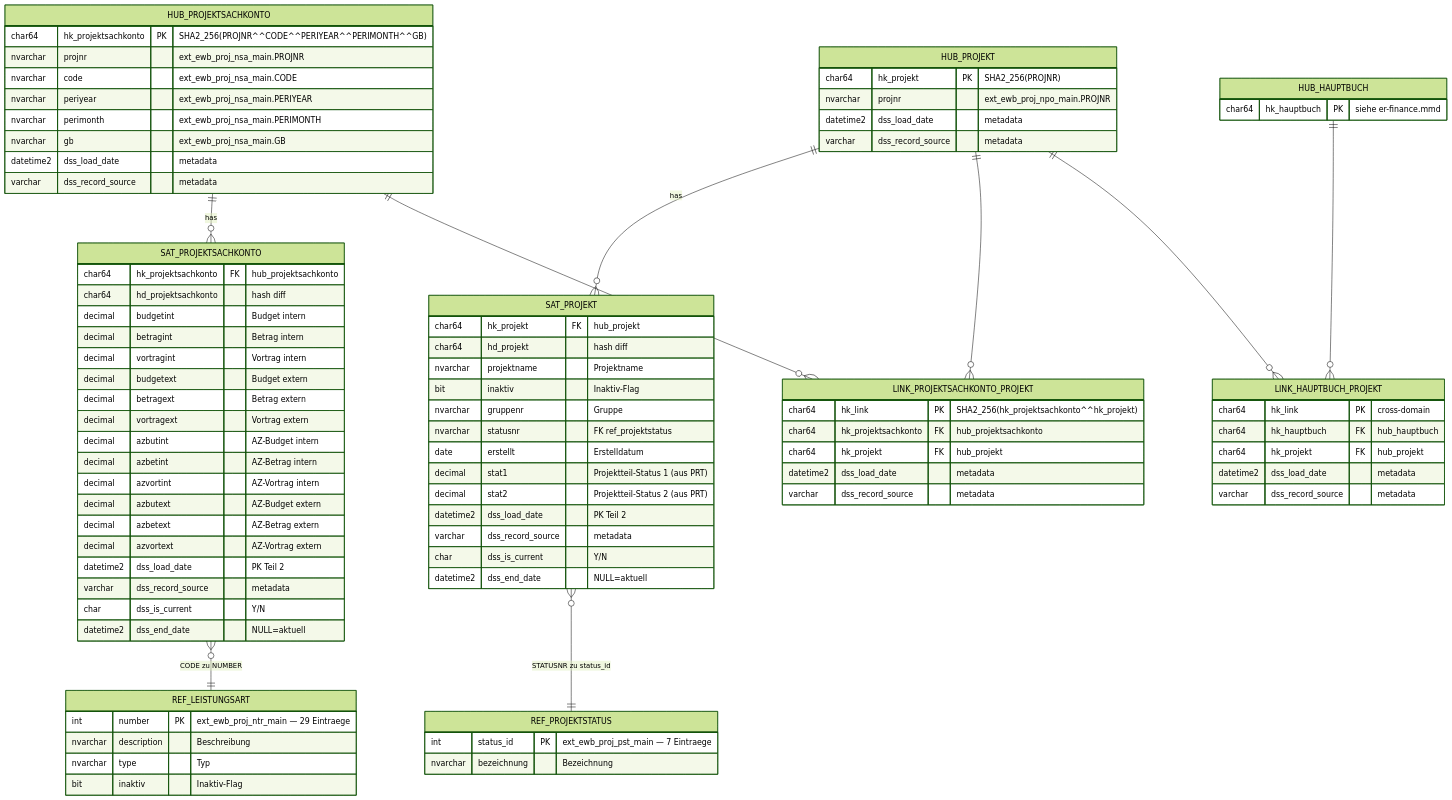
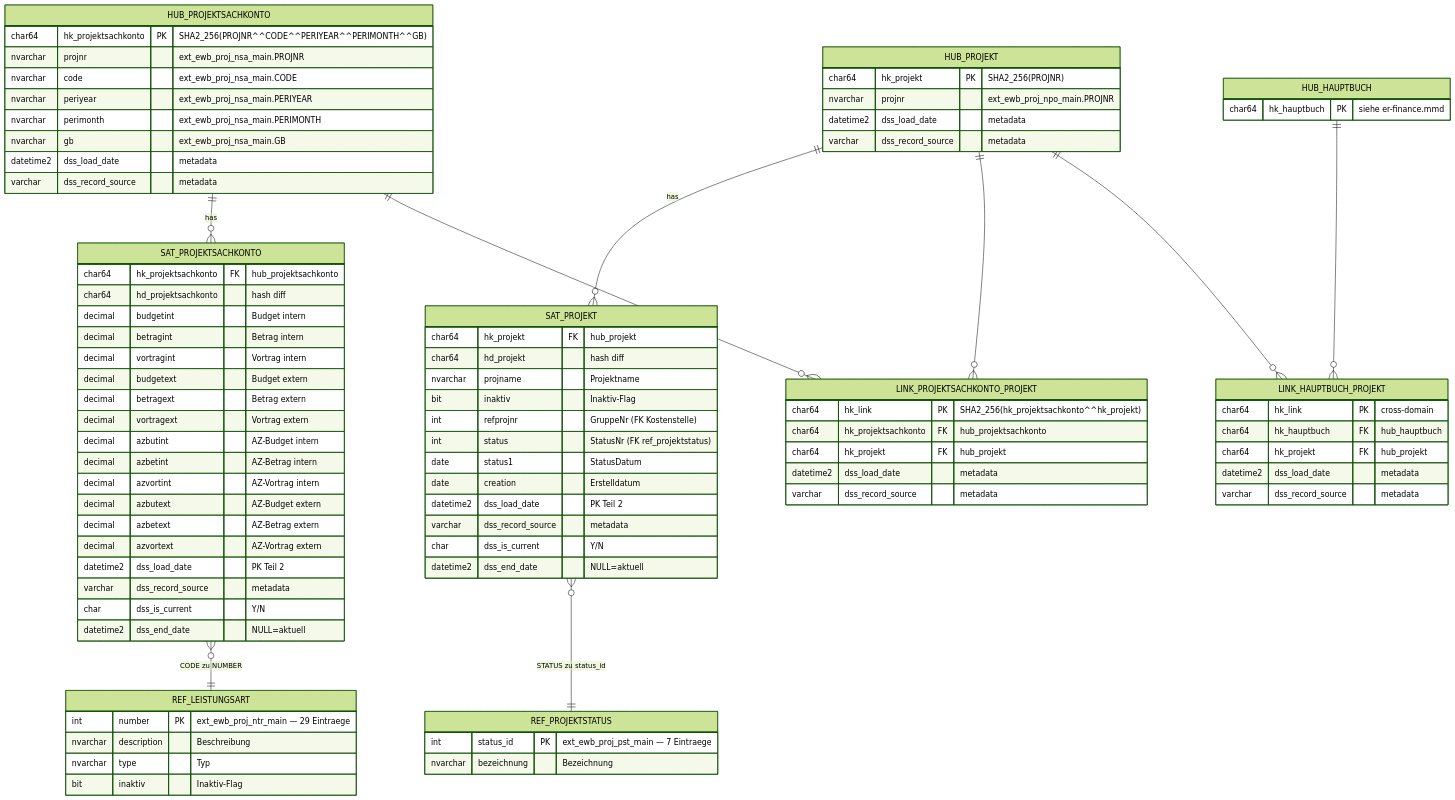
One commit to fellnerd/datavault-dbt changed the diagram in design/raw-vault/_common/er-project.mmd. Above: the diagram before and after it, drawn with Mermaid (forest theme). The commit also changed 9 other files, not shown here.

```diff
--- a/design/raw-vault/_common/er-project.mmd
+++ b/design/raw-vault/_common/er-project.mmd
@@ -1,134 +1,133 @@
 erDiagram
     %% Data Vault 2.1 — EWB Raw Vault — PROJECT DOMAIN
     %% Schema: vault | Quelle: Abacus ERP
     %% Hubs: Projekt, Projektsachkonto
     %% Reference Tables: Leistungsart, Projektstatus
 
     %% ========================================
     %% HUBS
     %% ========================================
 
     HUB_PROJEKT {
         char64 hk_projekt PK "SHA2_256(PROJNR)"
         nvarchar projnr "ext_ewb_proj_npo_main.PROJNR"
         datetime2 dss_load_date "metadata"
         varchar dss_record_source "metadata"
     }
 
     HUB_PROJEKTSACHKONTO {
         char64 hk_projektsachkonto PK "SHA2_256(PROJNR^^CODE^^PERIYEAR^^PERIMONTH^^GB)"
         nvarchar projnr "ext_ewb_proj_nsa_main.PROJNR"
         nvarchar code "ext_ewb_proj_nsa_main.CODE"
         nvarchar periyear "ext_ewb_proj_nsa_main.PERIYEAR"
         nvarchar perimonth "ext_ewb_proj_nsa_main.PERIMONTH"
         nvarchar gb "ext_ewb_proj_nsa_main.GB"
         datetime2 dss_load_date "metadata"
         varchar dss_record_source "metadata"
     }
 
     %% ========================================
     %% SATELLITES
     %% ========================================
 
     SAT_PROJEKT {
         char64 hk_projekt FK "hub_projekt"
         char64 hd_projekt "hash diff"
-        nvarchar projektname "Projektname"
+        nvarchar projname "Projektname"
         bit inaktiv "Inaktiv-Flag"
-        nvarchar gruppenr "Gruppe"
-        nvarchar statusnr "FK ref_projektstatus"
-        date erstellt "Erstelldatum"
-        decimal stat1 "Projektteil-Status 1 (aus PRT)"
-        decimal stat2 "Projektteil-Status 2 (aus PRT)"
+        int refprojnr "GruppeNr (FK Kostenstelle)"
+        int status "StatusNr (FK ref_projektstatus)"
+        date status1 "StatusDatum"
+        date creation "Erstelldatum"
         datetime2 dss_load_date "PK Teil 2"
         varchar dss_record_source "metadata"
         char dss_is_current "Y/N"
         datetime2 dss_end_date "NULL=aktuell"
     }
 
     SAT_PROJEKTSACHKONTO {
         char64 hk_projektsachkonto FK "hub_projektsachkonto"
         char64 hd_projektsachkonto "hash diff"
         decimal budgetint "Budget intern"
         decimal betragint "Betrag intern"
         decimal vortragint "Vortrag intern"
         decimal budgetext "Budget extern"
         decimal betragext "Betrag extern"
         decimal vortragext "Vortrag extern"
         decimal azbutint "AZ-Budget intern"
         decimal azbetint "AZ-Betrag intern"
         decimal azvortint "AZ-Vortrag intern"
         decimal azbutext "AZ-Budget extern"
         decimal azbetext "AZ-Betrag extern"
         decimal azvortext "AZ-Vortrag extern"
         datetime2 dss_load_date "PK Teil 2"
         varchar dss_record_source "metadata"
         char dss_is_current "Y/N"
         datetime2 dss_end_date "NULL=aktuell"
     }
 
     %% ========================================
     %% REFERENCE TABLES
     %% ========================================
 
     REF_LEISTUNGSART {
         int number PK "ext_ewb_proj_ntr_main — 29 Eintraege"
         nvarchar description "Beschreibung"
         nvarchar type "Typ"
         bit inaktiv "Inaktiv-Flag"
     }
 
     REF_PROJEKTSTATUS {
         int status_id PK "ext_ewb_proj_pst_main — 7 Eintraege"
         nvarchar bezeichnung "Bezeichnung"
     }
 
     %% ========================================
     %% LINKS
     %% ========================================
 
     LINK_PROJEKTSACHKONTO_PROJEKT {
         char64 hk_link PK "SHA2_256(hk_projektsachkonto^^hk_projekt)"
         char64 hk_projektsachkonto FK "hub_projektsachkonto"
         char64 hk_projekt FK "hub_projekt"
         datetime2 dss_load_date "metadata"
         varchar dss_record_source "metadata"
     }
 
     %% Cross-domain: Hauptbuch → Projekt (detail in er-finance.mmd)
     HUB_HAUPTBUCH {
         char64 hk_hauptbuch PK "siehe er-finance.mmd"
     }
 
     LINK_HAUPTBUCH_PROJEKT {
         char64 hk_link PK "cross-domain"
         char64 hk_hauptbuch FK "hub_hauptbuch"
         char64 hk_projekt FK "hub_projekt"
         datetime2 dss_load_date "metadata"
         varchar dss_record_source "metadata"
     }
 
     %% ========================================
     %% RELATIONSHIPS — Hub → Satellite
     %% ========================================
 
     HUB_PROJEKT ||--o{ SAT_PROJEKT : has
     HUB_PROJEKTSACHKONTO ||--o{ SAT_PROJEKTSACHKONTO : has
 
     %% ========================================
     %% RELATIONSHIPS — Hub → Link
     %% ========================================
 
     HUB_PROJEKTSACHKONTO ||--o{ LINK_PROJEKTSACHKONTO_PROJEKT : ""
     HUB_PROJEKT ||--o{ LINK_PROJEKTSACHKONTO_PROJEKT : ""
 
     %% Cross-domain
     HUB_HAUPTBUCH ||--o{ LINK_HAUPTBUCH_PROJEKT : ""
     HUB_PROJEKT ||--o{ LINK_HAUPTBUCH_PROJEKT : ""
 
     %% ========================================
     %% RELATIONSHIPS — Reference Tables
     %% ========================================
 
     SAT_PROJEKTSACHKONTO }o--|| REF_LEISTUNGSART : "CODE zu NUMBER"
-    SAT_PROJEKT }o--|| REF_PROJEKTSTATUS : "STATUSNR zu status_id"
+    SAT_PROJEKT }o--|| REF_PROJEKTSTATUS : "STATUS zu status_id"
```
